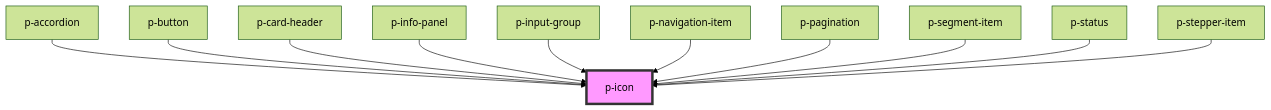
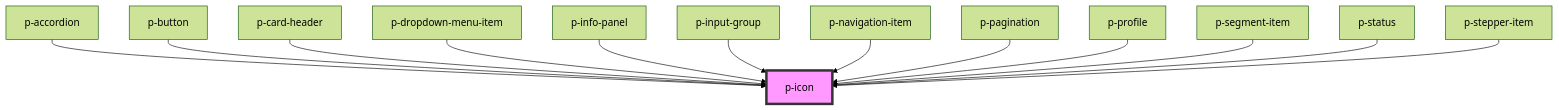
Before and after one commit to Employes/paperless: the diagram in packages/core/src/components/atoms/icon/readme.md, drawn with Mermaid (forest theme). The commit also changed other lines of this file and 5 other files, not shown here.

````diff
--- a/packages/core/src/components/atoms/icon/readme.md
+++ b/packages/core/src/components/atoms/icon/readme.md
@@ -32,14 +34,16 @@
 ```mermaid
 graph TD;
   p-accordion --> p-icon
   p-button --> p-icon
   p-card-header --> p-icon
+  p-dropdown-menu-item --> p-icon
   p-info-panel --> p-icon
   p-input-group --> p-icon
   p-navigation-item --> p-icon
   p-pagination --> p-icon
+  p-profile --> p-icon
   p-segment-item --> p-icon
   p-status --> p-icon
   p-stepper-item --> p-icon
   style p-icon fill:#f9f,stroke:#333,stroke-width:4px
 ```
````
